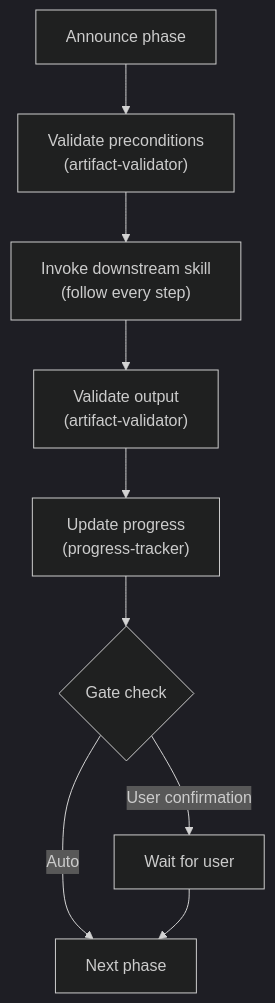
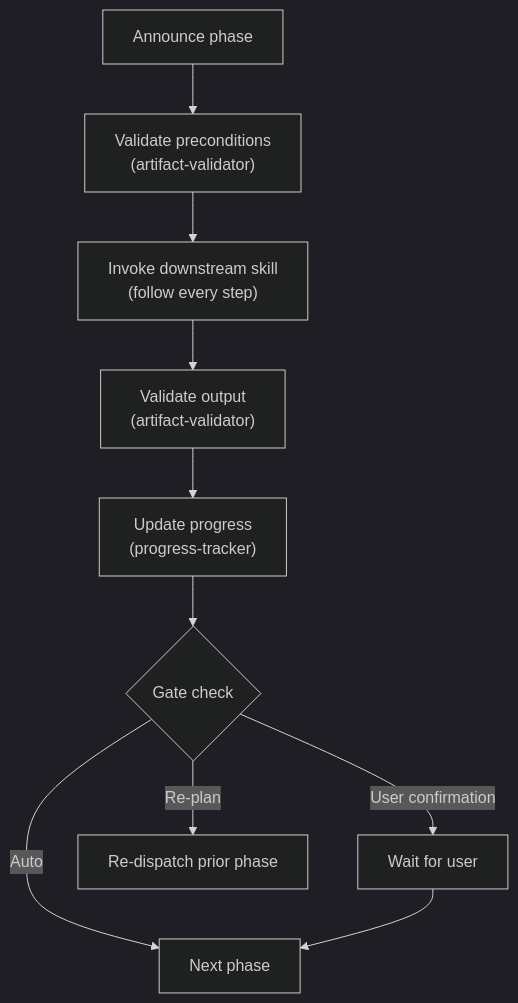
Before and after one commit to b-mendoza/agent-skills: the second of 3 diagrams in docs/orchestrating-jira-workflow/04-data-contracts-and-gates.md, drawn with Mermaid (dark theme). The commit also changed other lines of this file and 5 other files, not shown here.

First line of the commit message:
docs(orchestrating-jira-workflow): update architecture docs for 7-phase pipeline

````diff
--- a/docs/orchestrating-jira-workflow/04-data-contracts-and-gates.md
+++ b/docs/orchestrating-jira-workflow/04-data-contracts-and-gates.md
@@ -112,11 +188,12 @@
 ```mermaid
 flowchart TD
-    A["Announce phase"] --> B["Validate preconditions<br/>(artifact-validator)"]
-    B --> C["Invoke downstream skill<br/>(follow every step)"]
-    C --> D["Validate output<br/>(artifact-validator)"]
-    D --> E["Update progress<br/>(progress-tracker)"]
+    A["Announce phase"] --> B["Validate preconditions\n(artifact-validator)"]
+    B --> C["Invoke downstream skill\n(follow every step)"]
+    C --> D["Validate output\n(artifact-validator)"]
+    D --> E["Update progress\n(progress-tracker)"]
     E --> F{"Gate check"}
     F -->|"Auto"| NEXT["Next phase"]
     F -->|"User confirmation"| WAIT["Wait for user"]
+    F -->|"Re-plan"| REPLAN["Re-dispatch prior phase"]
     WAIT --> NEXT
 ```
````
